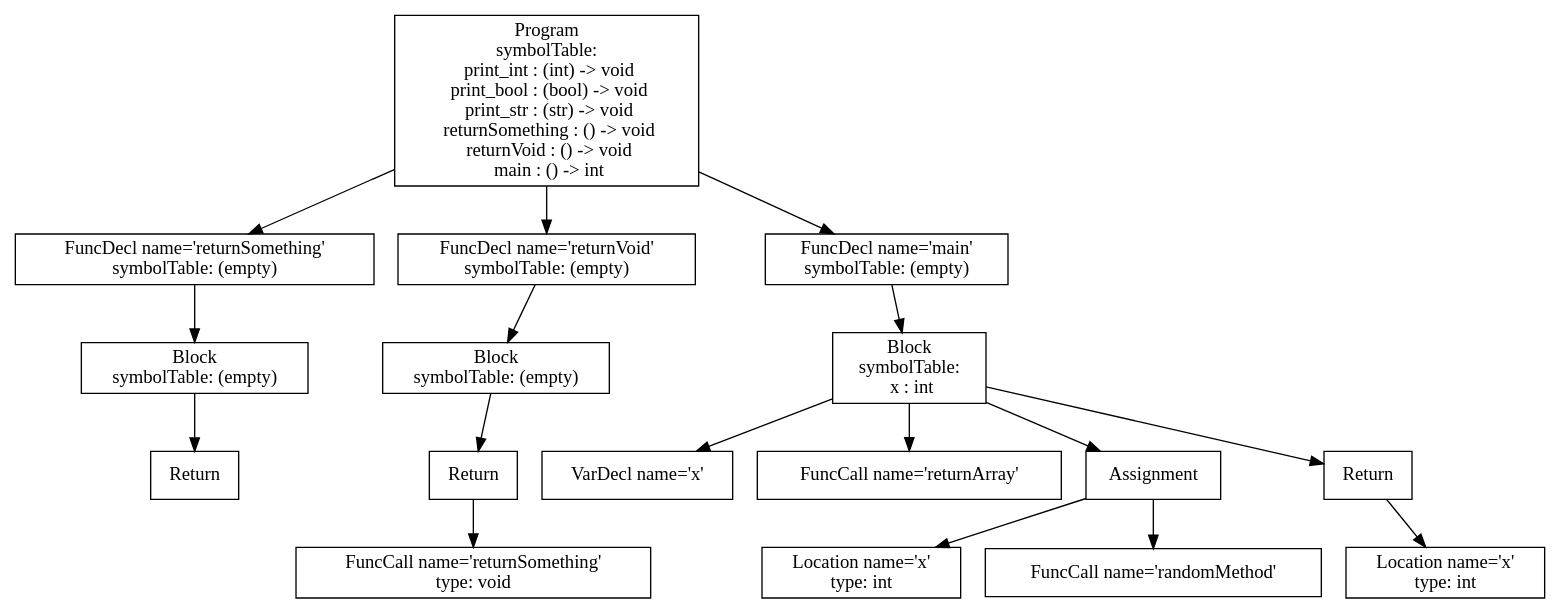
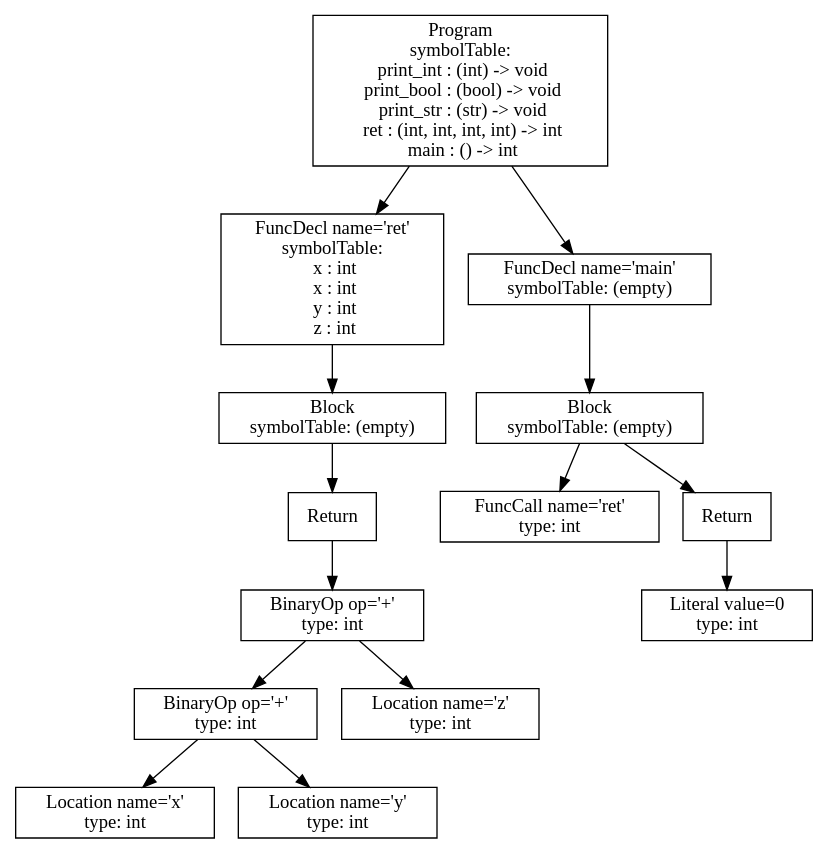
Before and after one commit to atrim11/CS432: the diagram in p3-analysis/tree.dot, drawn with Graphviz. The commit also changed 60 other files, not shown here.

```diff
--- a/p3-analysis/tree.dot
+++ b/p3-analysis/tree.dot
@@ -1,35 +1,29 @@
 digraph AST {
+6 [shape=box, label="Location name='x'\ntype: int"];
+7 [shape=box, label="Location name='y'\ntype: int"];
+5 [shape=box, label="BinaryOp op='+'\ntype: int"];
+5 -> 6;
+5 -> 7;
+8 [shape=box, label="Location name='z'\ntype: int"];
+4 [shape=box, label="BinaryOp op='+'\ntype: int"];
+4 -> 5;
+4 -> 8;
 3 [shape=box, label="Return"];
+3 -> 4;
 2 [shape=box, label="Block\nsymbolTable: (empty)"];
 2 -> 3;
-1 [shape=box, label="FuncDecl name='returnSomething'\nsymbolTable: (empty)"];
+1 [shape=box, label="FuncDecl name='ret'\nsymbolTable: \n  x : int\n  x : int\n  y : int\n  z : int"];
 1 -> 2;
-7 [shape=box, label="FuncCall name='returnSomething'\ntype: void"];
-6 [shape=box, label="Return"];
-6 -> 7;
-5 [shape=box, label="Block\nsymbolTable: (empty)"];
-5 -> 6;
-4 [shape=box, label="FuncDecl name='returnVoid'\nsymbolTable: (empty)"];
-4 -> 5;
-10 [shape=box, label="VarDecl name='x'"];
-11 [shape=box, label="FuncCall name='returnArray'"];
-13 [shape=box, label="Location name='x'\ntype: int"];
-14 [shape=box, label="FuncCall name='randomMethod'"];
-12 [shape=box, label="Assignment"];
+11 [shape=box, label="FuncCall name='ret'\ntype: int"];
+13 [shape=box, label="Literal value=0\ntype: int"];
+12 [shape=box, label="Return"];
 12 -> 13;
-12 -> 14;
-16 [shape=box, label="Location name='x'\ntype: int"];
-15 [shape=box, label="Return"];
-15 -> 16;
-9 [shape=box, label="Block\nsymbolTable: \n  x : int"];
+10 [shape=box, label="Block\nsymbolTable: (empty)"];
+10 -> 11;
+10 -> 12;
+9 [shape=box, label="FuncDecl name='main'\nsymbolTable: (empty)"];
 9 -> 10;
-9 -> 11;
-9 -> 12;
-9 -> 15;
-8 [shape=box, label="FuncDecl name='main'\nsymbolTable: (empty)"];
-8 -> 9;
-0 [shape=box, label="Program\nsymbolTable: \n  print_int : (int) -> void\n  print_bool : (bool) -> void\n  print_str : (str) -> void\n  returnSomething : () -> void\n  returnVoid : () -> void\n  main : () -> int"];
+0 [shape=box, label="Program\nsymbolTable: \n  print_int : (int) -> void\n  print_bool : (bool) -> void\n  print_str : (str) -> void\n  ret : (int, int, int, int) -> int\n  main : () -> int"];
 0 -> 1;
-0 -> 4;
-0 -> 8;
+0 -> 9;
 }
```
